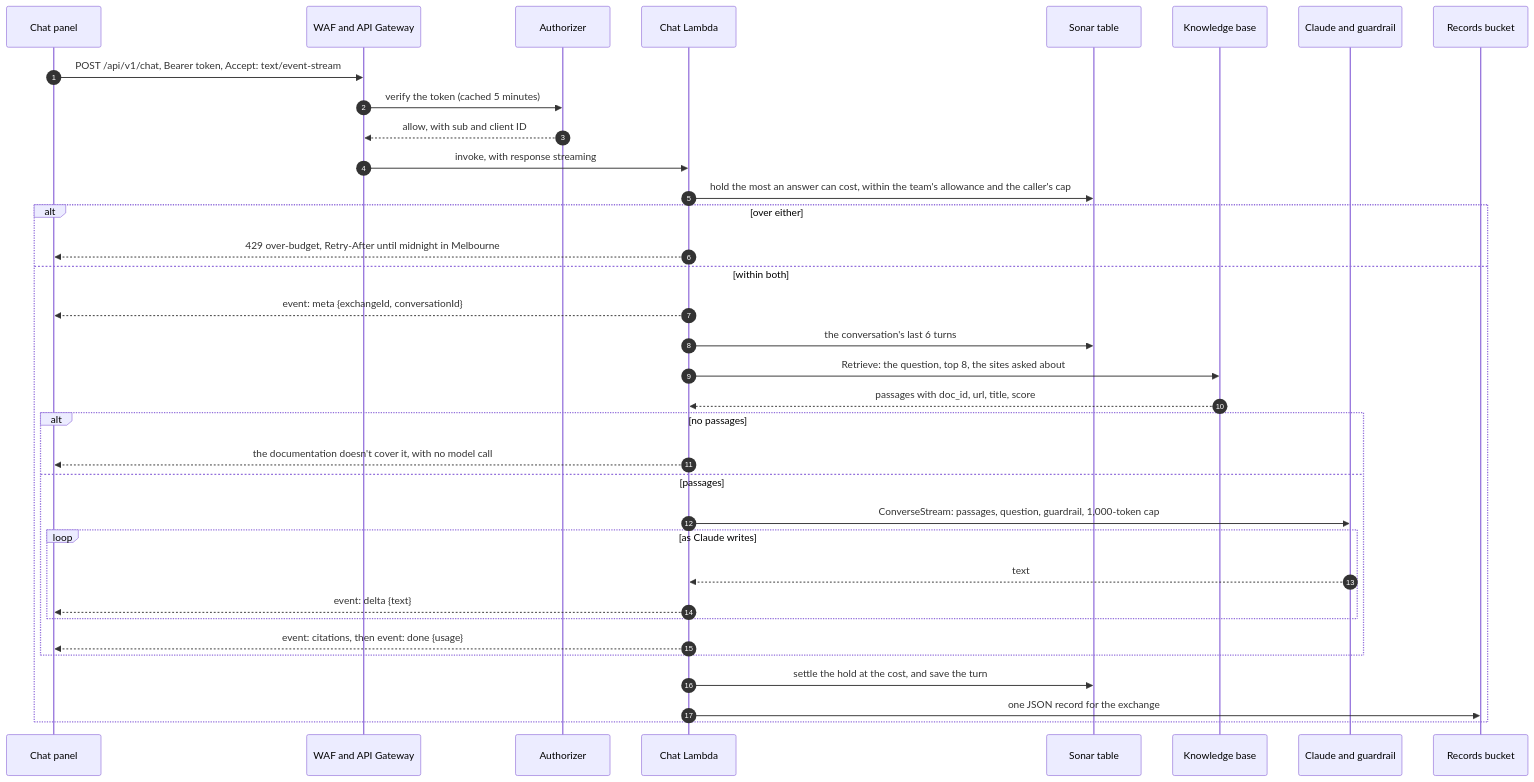
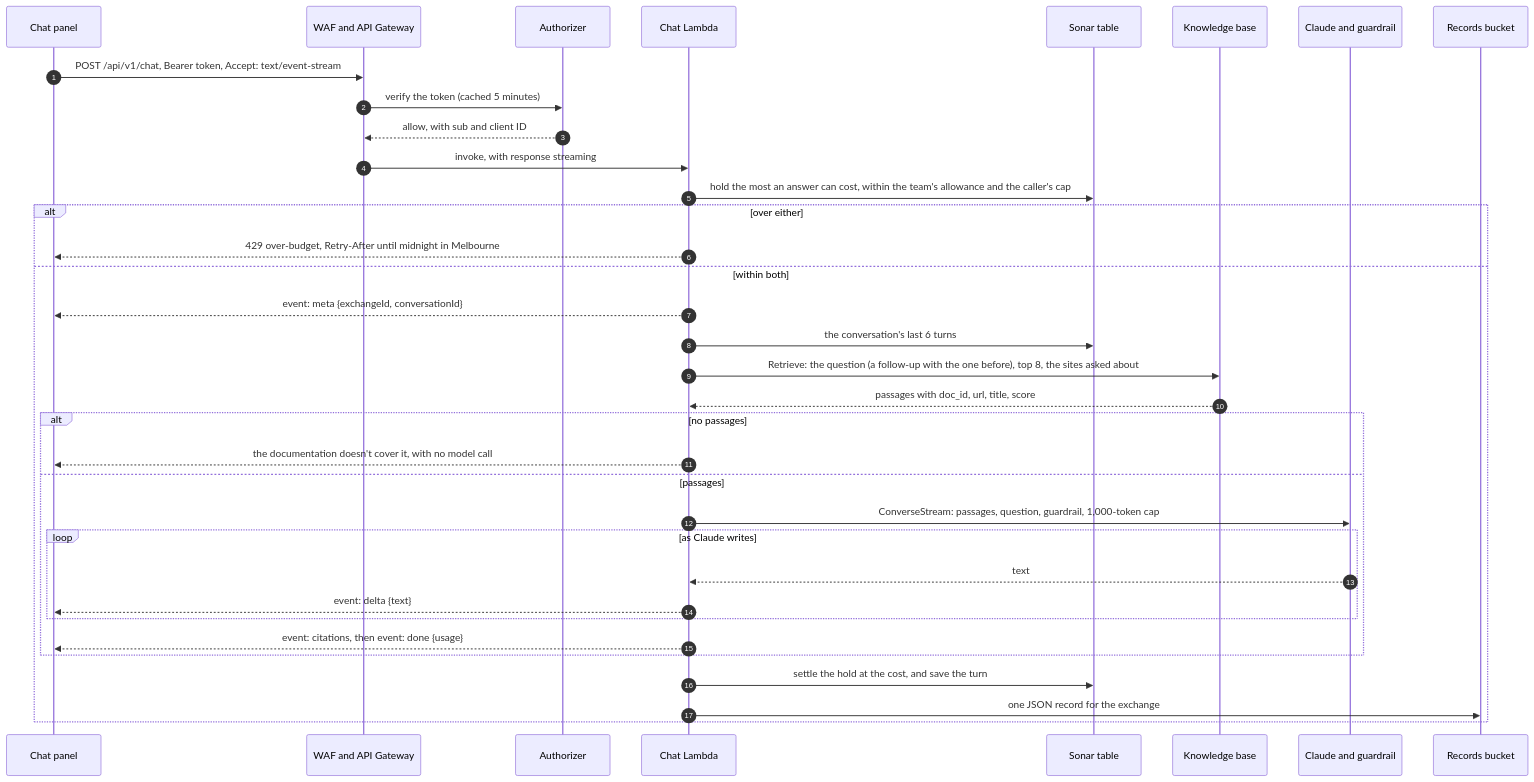
Before and after one commit to umccr/orcasonar: the third of 7 diagrams in docs/design.md, drawn with Mermaid. The commit also changed other lines of this file and 27 other files, not shown here.

````diff
--- a/docs/design.md
+++ b/docs/design.md
@@ -162,38 +162,38 @@
 ```mermaid
 sequenceDiagram
     autonumber
     participant Panel as Chat panel
     participant Gateway as WAF and API Gateway
     participant Authz as Authorizer
     participant Chat as Chat Lambda
     participant Table as Sonar table
     participant KB as Knowledge base
     participant Claude as Claude and guardrail
     participant Records as Records bucket
 
     Panel->>Gateway: POST /api/v1/chat, Bearer token, Accept: text/event-stream
     Gateway->>Authz: verify the token (cached 5 minutes)
     Authz-->>Gateway: allow, with sub and client ID
     Gateway->>Chat: invoke, with response streaming
     Chat->>Table: hold the most an answer can cost, within the team's allowance and the caller's cap
     alt over either
         Chat-->>Panel: 429 over-budget, Retry-After until midnight in Melbourne
     else within both
         Chat-->>Panel: event: meta {exchangeId, conversationId}
         Chat->>Table: the conversation's last 6 turns
-        Chat->>KB: Retrieve: the question, top 8, the sites asked about
+        Chat->>KB: Retrieve: the question (a follow-up with the one before), top 8, the sites asked about
         KB-->>Chat: passages with doc_id, url, title, score
         alt no passages
             Chat-->>Panel: the documentation doesn't cover it, with no model call
         else passages
             Chat->>Claude: ConverseStream: passages, question, guardrail, 1,000-token cap
             loop as Claude writes
                 Claude-->>Chat: text
                 Chat-->>Panel: event: delta {text}
             end
             Chat-->>Panel: event: citations, then event: done {usage}
         end
         Chat->>Table: settle the hold at the cost, and save the turn
         Chat->>Records: one JSON record for the exchange
     end
 ```
````
